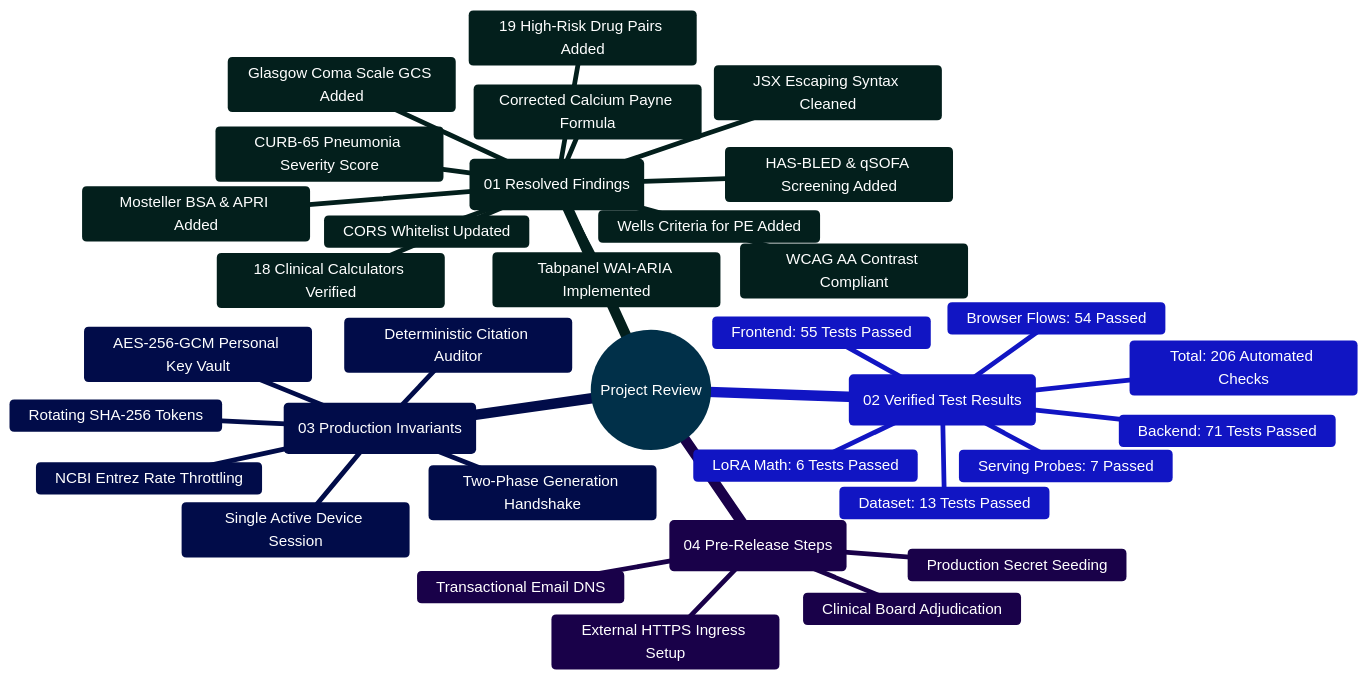
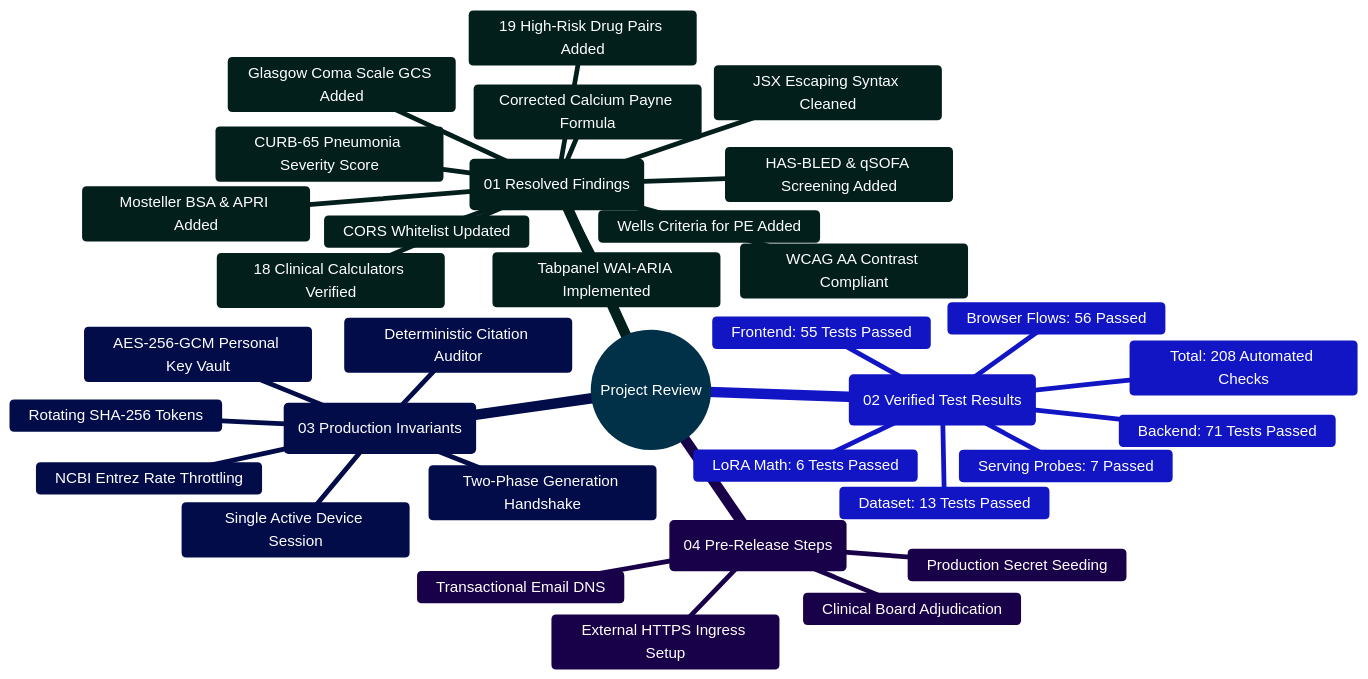
The first of 2 diagrams in output/project-review/PROJECT_ANALYSIS.md (Ganesh172919/React-App-LLM), drawn with Mermaid before and after one commit. The commit also changed other lines of this file and 70 other files, not shown here.

````diff
--- a/output/project-review/PROJECT_ANALYSIS.md
+++ b/output/project-review/PROJECT_ANALYSIS.md
@@ -66,39 +66,39 @@
 ```mermaid
 %%{init: {'theme': 'base', 'themeVariables': { 'primaryColor': '#0284c7', 'primaryTextColor': '#ffffff', 'primaryBorderColor': '#0369a1', 'lineColor': '#0284c7', 'secondaryColor': '#0d9488', 'tertiaryColor': '#6366f1' }}}%%
 mindmap
   root((Project Review))
     ::icon(fa fa-check-double)
     (01 Resolved Findings)
       JSX Escaping Syntax Cleaned
       CORS Whitelist Updated
       19 High-Risk Drug Pairs Added
       18 Clinical Calculators Verified
       Corrected Calcium Payne Formula
       Wells Criteria for PE Added
       CURB-65 Pneumonia Severity Score
       Glasgow Coma Scale GCS Added
       HAS-BLED & qSOFA Screening Added
       Mosteller BSA & APRI Added
       Tabpanel WAI-ARIA Implemented
       WCAG AA Contrast Compliant
     (02 Verified Test Results)
       Backend: 71 Tests Passed
       Frontend: 55 Tests Passed
       Dataset: 13 Tests Passed
       LoRA Math: 6 Tests Passed
       Serving Probes: 7 Passed
-      Browser Flows: 54 Passed
-      Total: 206 Automated Checks
+      Browser Flows: 56 Passed
+      Total: 208 Automated Checks
     (03 Production Invariants)
       Single Active Device Session
       Rotating SHA-256 Tokens
       AES-256-GCM Personal Key Vault
       Two-Phase Generation Handshake
       Deterministic Citation Auditor
       NCBI Entrez Rate Throttling
     (04 Pre-Release Steps)
       External HTTPS Ingress Setup
       Production Secret Seeding
       Transactional Email DNS
       Clinical Board Adjudication
 ```
````
